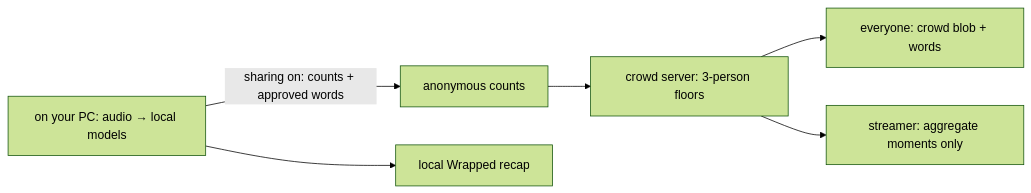
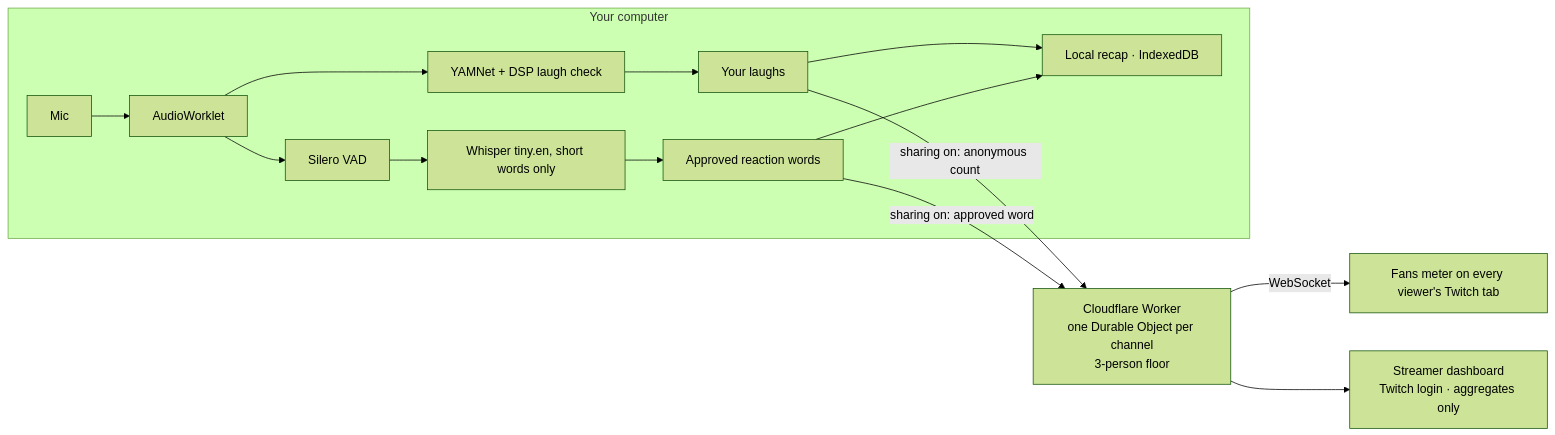
One commit to uzerkayat2004-gif/streamlaughs changed the diagram in README.md. Above: the diagram before and after it, drawn with Mermaid (forest theme). The commit also changed other lines of this file and 89 other files, not shown here.

````diff
--- a/README.md
+++ b/README.md
@@ -43,8 +90,17 @@
 ```mermaid
 flowchart LR
-  PC[on your PC: audio → local models] -->|sharing on: counts + approved words| C[anonymous counts]
-  C --> S[crowd server: 3-person floors]
-  S --> E[everyone: crowd blob + words]
-  PC --> R[local Wrapped recap]
-  S --> D[streamer: aggregate moments only]
+  subgraph PC["Your computer"]
+    M[Mic] --> W[AudioWorklet]
+    W --> V[Silero VAD]
+    W --> Y[YAMNet + DSP laugh check]
+    V --> S[Whisper tiny.en, short words only]
+    Y --> L[Your laughs]
+    S --> A[Approved reaction words]
+    L --> R[Local recap · IndexedDB]
+    A --> R
+  end
+  L -- "sharing on: anonymous count" --> C
+  A -- "sharing on: approved word" --> C
+  C[Cloudflare Worker<br/>one Durable Object per channel<br/>3-person floor] -- WebSocket --> F[Fans meter on every viewer's Twitch tab]
+  C --> D[Streamer dashboard<br/>Twitch login · aggregates only]
 ```
````
